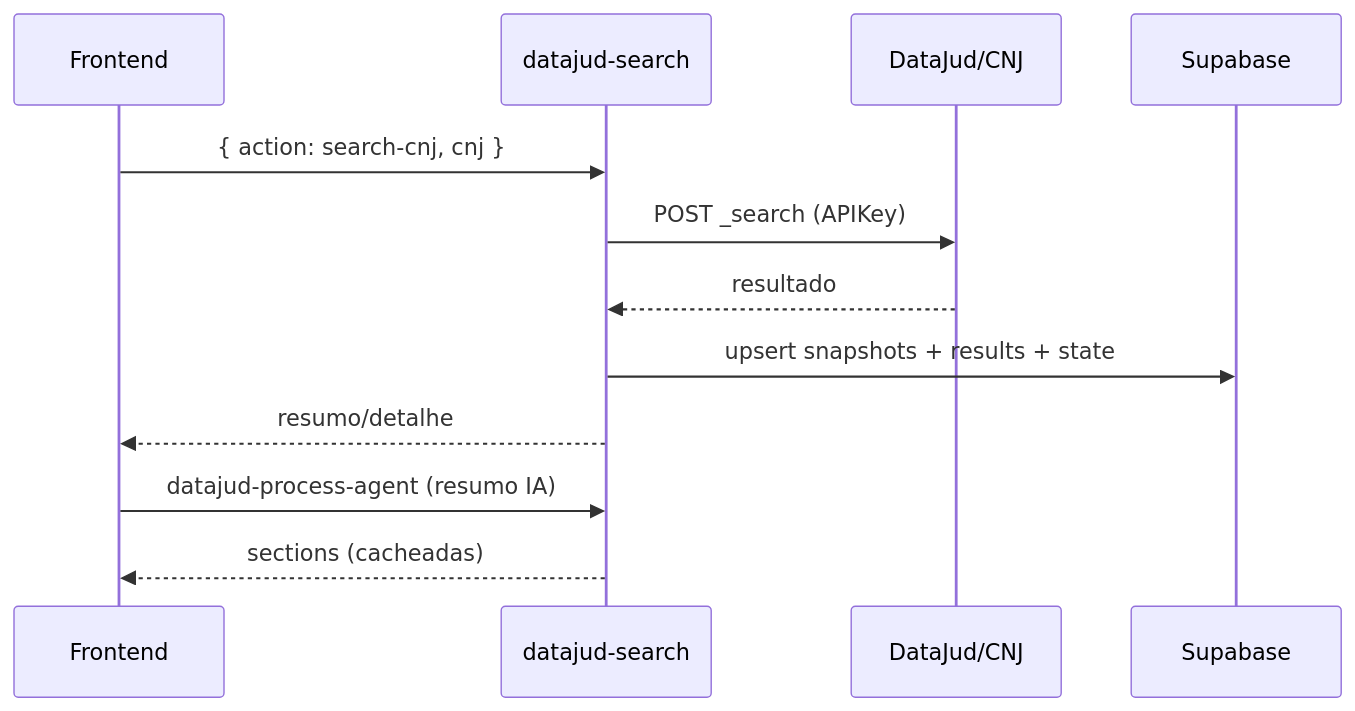
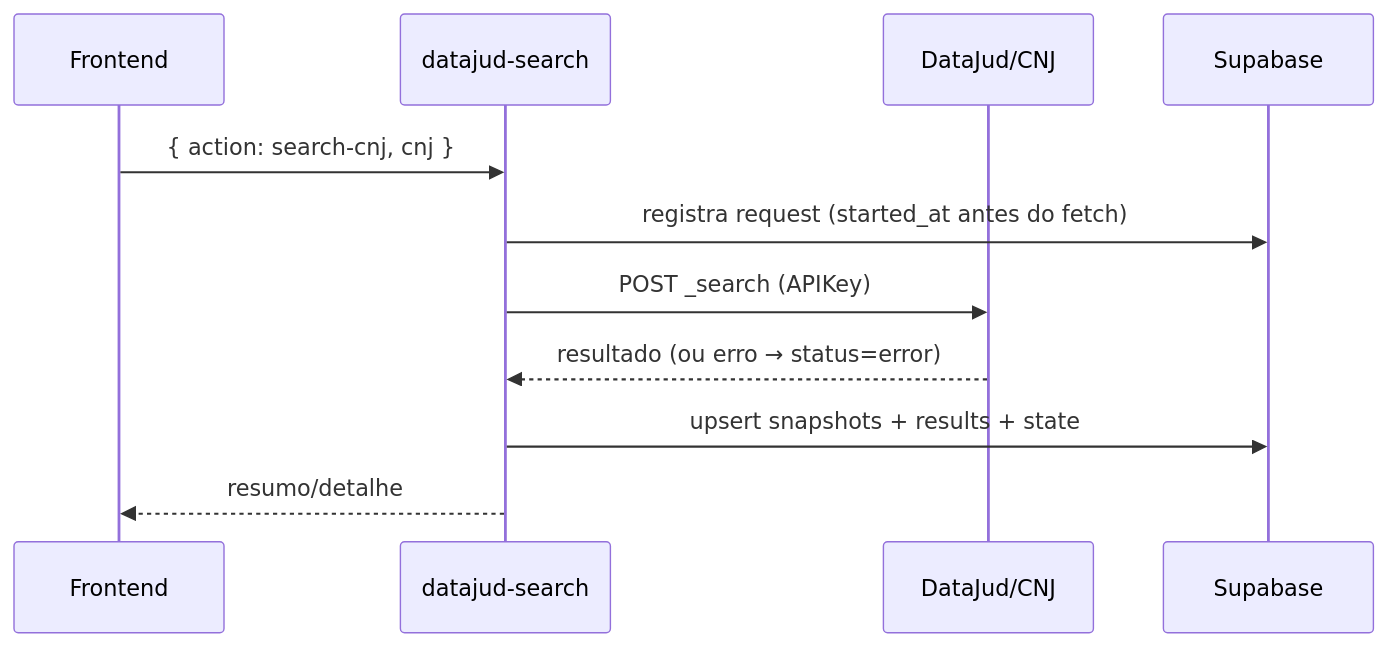
One commit to afelipedev/app-e7aicenter changed the seventh of 8 diagrams in docs/Documentacao_Final_Tecnica.md. Above: the diagram before and after it, drawn with Mermaid. The commit also changed other lines of this file and 38 other files, not shown here.

````diff
--- a/docs/Documentacao_Final_Tecnica.md
+++ b/docs/Documentacao_Final_Tecnica.md
@@ -520,14 +596,13 @@
 ```mermaid
 sequenceDiagram
     participant FE as Frontend
     participant EF as datajud-search
     participant DJ as DataJud/CNJ
     participant DB as Supabase
     FE->>EF: { action: search-cnj, cnj }
+    EF->>DB: registra request (started_at antes do fetch)
     EF->>DJ: POST _search (APIKey)
-    DJ-->>EF: resultado
+    DJ-->>EF: resultado (ou erro → status=error)
     EF->>DB: upsert snapshots + results + state
     EF-->>FE: resumo/detalhe
-    FE->>EF: datajud-process-agent (resumo IA)
-    EF-->>FE: sections (cacheadas)
 ```
````
